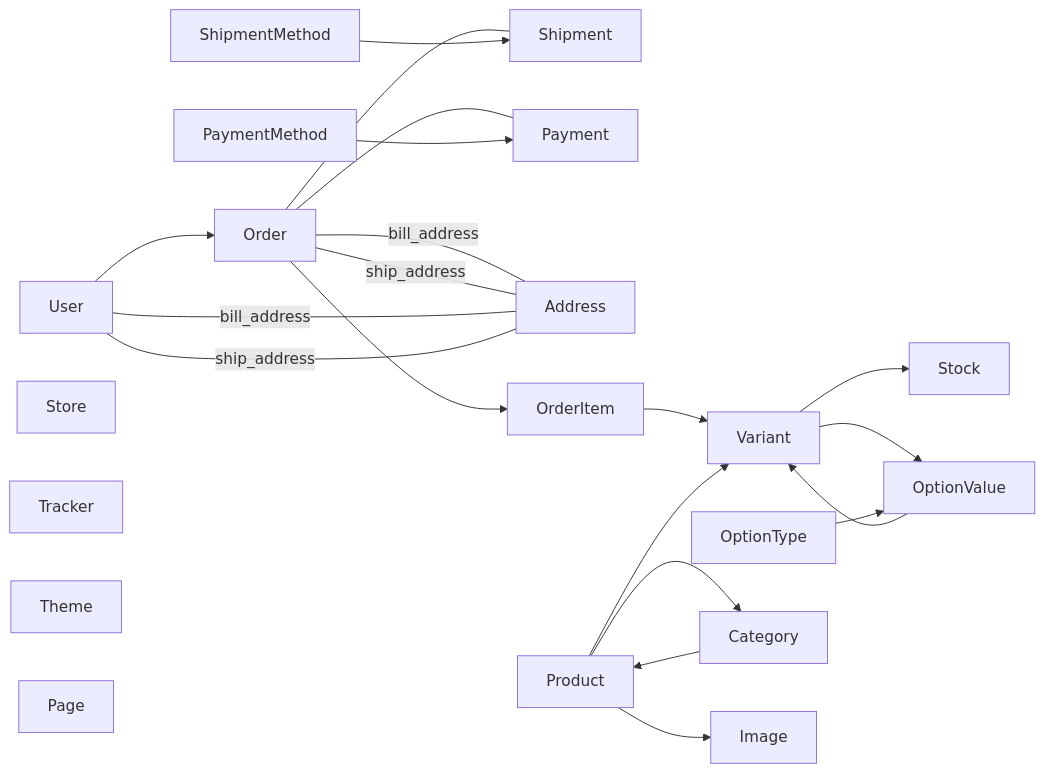
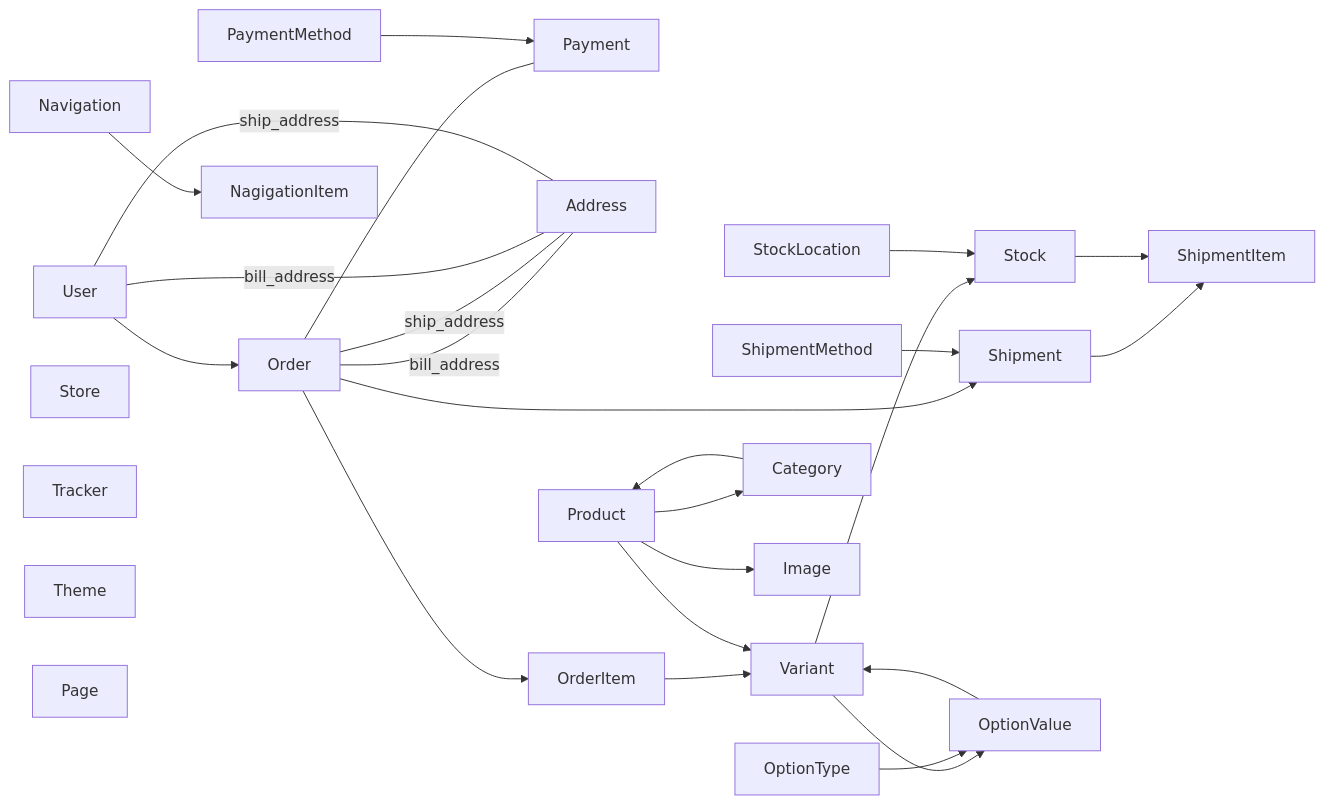
One commit to hyoshida/comable-guide changed the diagram in ja/developer/models.md. Above: the diagram before and after it, drawn with Mermaid.

Commit message:
Add models to models.md
- ShipmentItem
- StockLocation
- Navigation
- NavigationItem

````diff
--- a/ja/developer/models.md
+++ b/ja/developer/models.md
@@ -5,26 +5,30 @@
 ```mermaid
 graph LR;
-    Order --- Shipment;
+    Order --> Shipment;
+    Shipment --> ShipmentItem;
     Order --- Payment;
     Order -- bill_address --- Address;
     Order -- ship_address --- Address;
     Order --> OrderItem;
     OrderItem --> Variant;
     Product --> Variant;
     Variant --> Stock;
     Variant --> OptionValue;
     OptionValue --> Variant;
     OptionType --> OptionValue;
+    Stock --> ShipmentItem;
+    StockLocation --> Stock;
     Product --> Category;
     Category --> Product;
     Product --> Image;
     User -- bill_address --- Address;
     User -- ship_address --- Address;
     User --> Order;
     ShipmentMethod --> Shipment;
     PaymentMethod --> Payment;
+    Navigation --> NagigationItem;
     Store;
     Tracker;
     Theme;
     Page;
 ```
````
